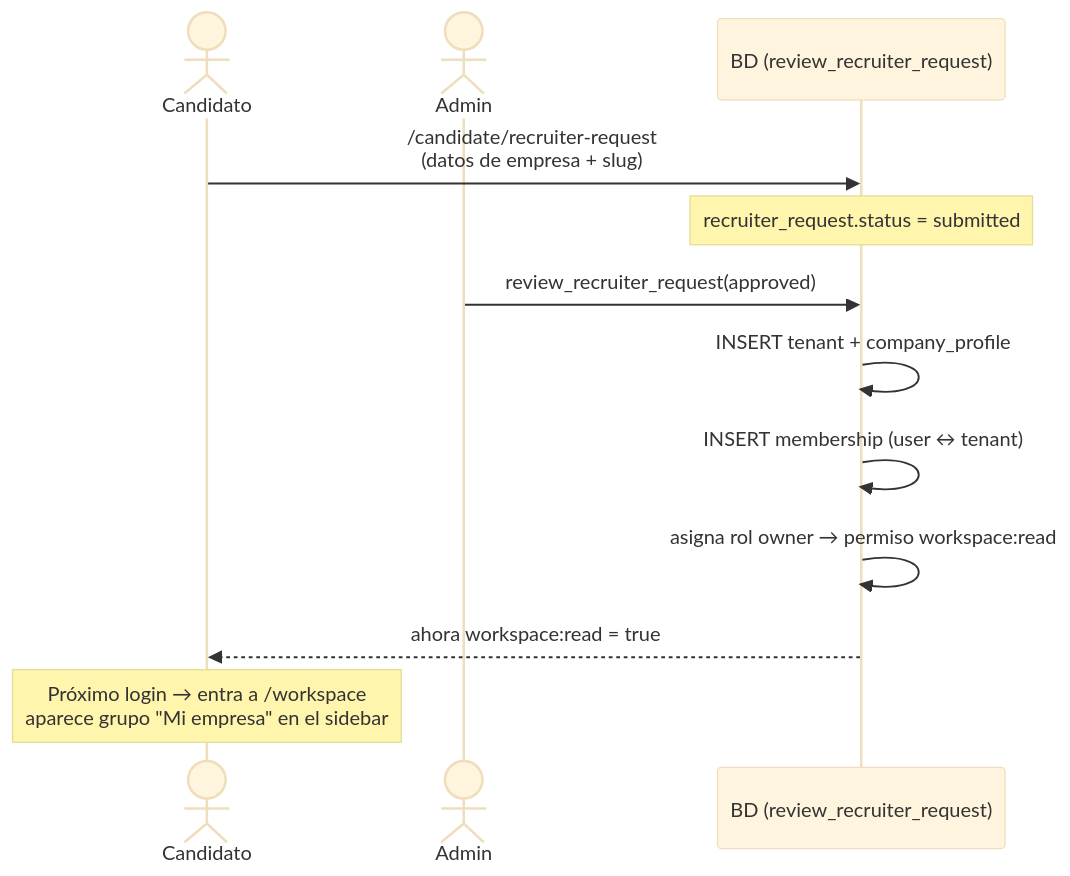
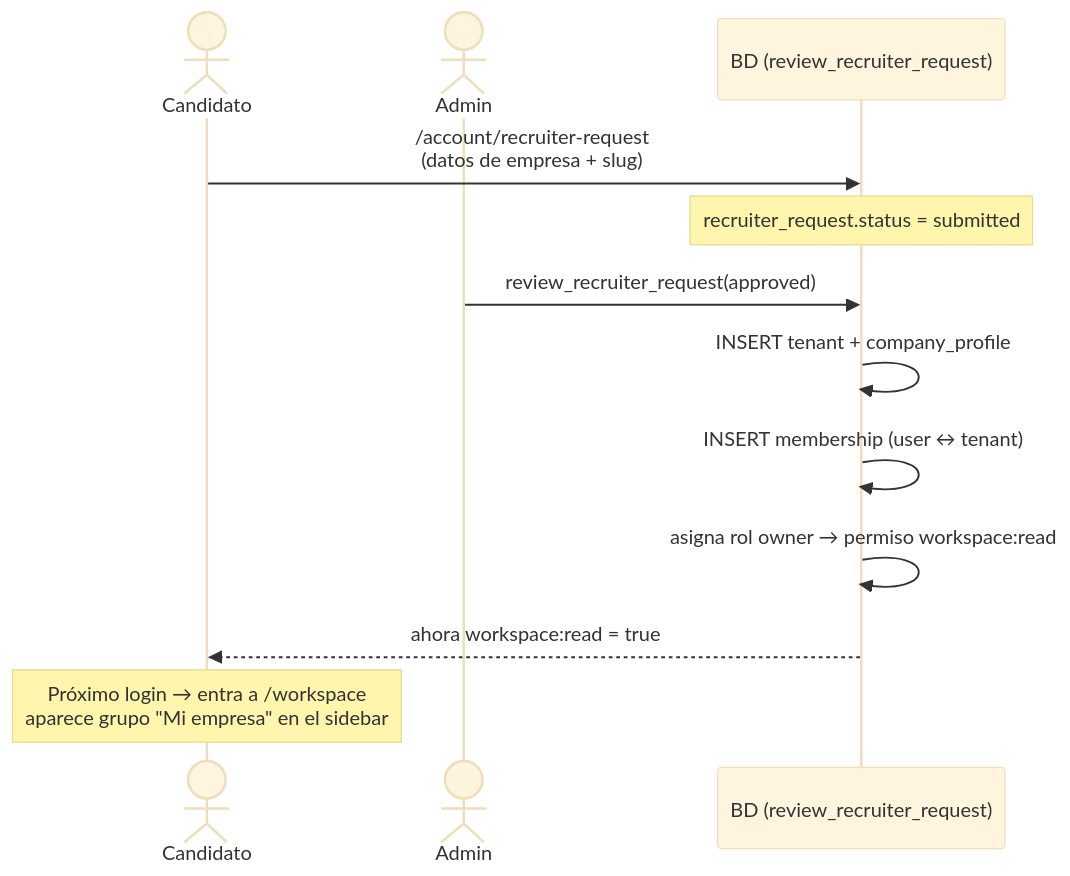
Diagram 14 of 23 in docs/architecture/plataforma-flujograma.md (EdgarJr30/asi_do), drawn with Mermaid (base theme) before and after one commit. The commit also changed other lines of this file and 32 other files, not shown here.

````diff
--- a/docs/architecture/plataforma-flujograma.md
+++ b/docs/architecture/plataforma-flujograma.md
@@ -504,15 +504,15 @@
 ```mermaid
 sequenceDiagram
     actor C as Candidato
     actor A as Admin
     participant DB as BD (review_recruiter_request)
 
-    C->>DB: /candidate/recruiter-request<br/>(datos de empresa + slug)
+    C->>DB: /account/recruiter-request<br/>(datos de empresa + slug)
     Note over DB: recruiter_request.status = submitted
     A->>DB: review_recruiter_request(approved)
     DB->>DB: INSERT tenant + company_profile
     DB->>DB: INSERT membership (user ↔ tenant)
     DB->>DB: asigna rol owner → permiso workspace:read
     DB-->>C: ahora workspace:read = true
     Note over C: Próximo login → entra a /workspace<br/>aparece grupo "Mi empresa" en el sidebar
 ```
````
